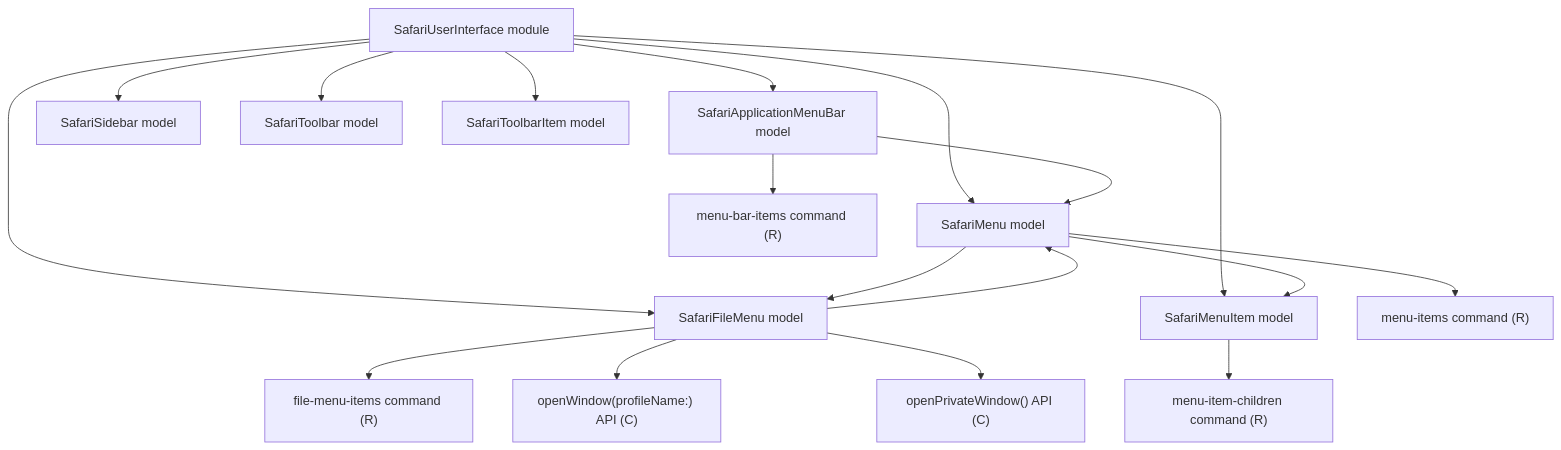
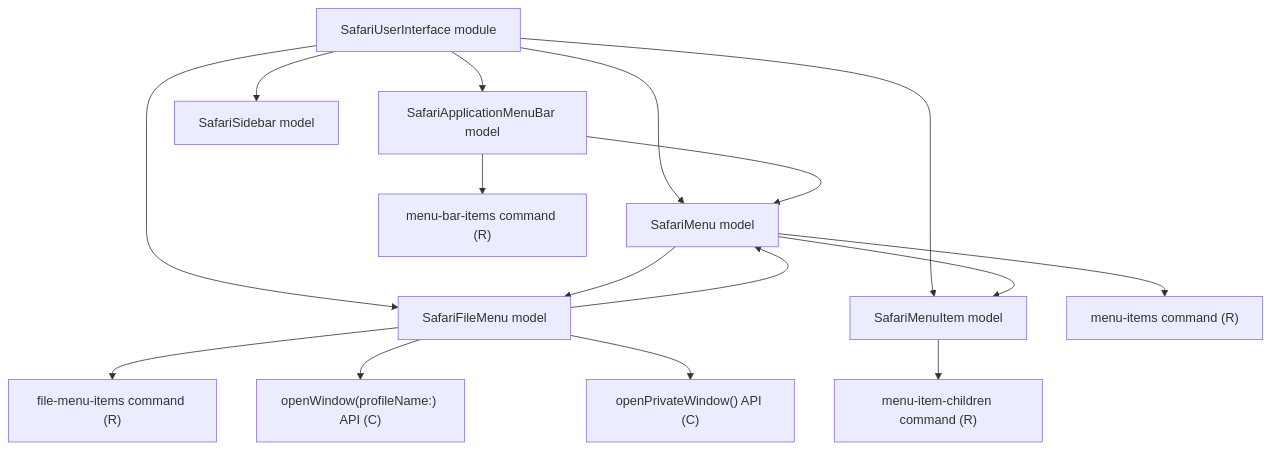
Before and after one commit to Glutexo/computer-automation: the diagram in docs/safari-user-interface-models.md, drawn with Mermaid. The commit also changed other lines of this file and 16 other files, not shown here.

Commit message:
Remove legacy Safari toolbar picker stack

````diff
--- a/docs/safari-user-interface-models.md
+++ b/docs/safari-user-interface-models.md
@@ -33,35 +32,31 @@
 ```mermaid
 flowchart TD
     SafariUI["SafariUserInterface module"]
     SafariMenuBar["SafariApplicationMenuBar model"]
     SafariSidebar["SafariSidebar model"]
-    SafariToolbar["SafariToolbar model"]
-    SafariToolbarItem["SafariToolbarItem model"]
     SafariMenu["SafariMenu model"]
     SafariFileMenu["SafariFileMenu model"]
     SafariMenuItem["SafariMenuItem model"]
     MenuBarItems["menu-bar-items command (R)"]
     MenuItems["menu-items command (R)"]
     FileMenuItems["file-menu-items command (R)"]
     MenuItemChildren["menu-item-children command (R)"]
     OpenWindow["openWindow(profileName:) API (C)"]
     OpenPrivateWindow["openPrivateWindow() API (C)"]
 
     SafariUI --> SafariMenuBar
     SafariUI --> SafariSidebar
-    SafariUI --> SafariToolbar
-    SafariUI --> SafariToolbarItem
     SafariUI --> SafariMenu
     SafariUI --> SafariFileMenu
     SafariUI --> SafariMenuItem
     SafariMenuBar --> SafariMenu
     SafariMenu --> MenuItems
     SafariMenu --> SafariFileMenu
     SafariMenuBar --> MenuBarItems
     SafariFileMenu --> SafariMenu
     SafariFileMenu --> FileMenuItems
     SafariFileMenu --> OpenWindow
     SafariFileMenu --> OpenPrivateWindow
     SafariMenu --> SafariMenuItem
     SafariMenuItem --> MenuItemChildren
 ```
````
